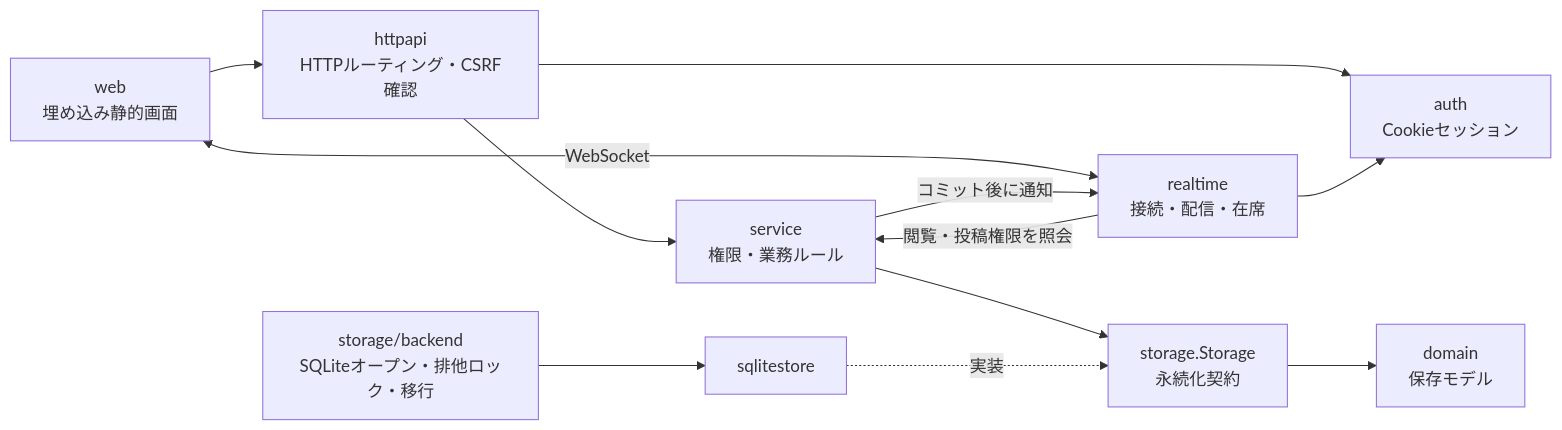
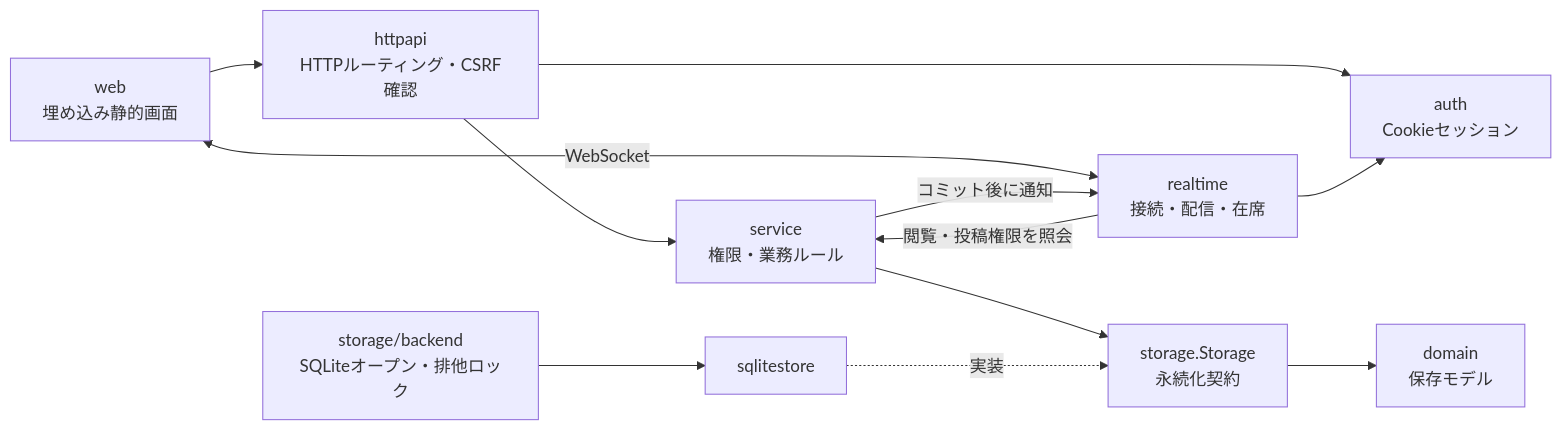
Before and after one commit to masapico/mini-hub: the second of 3 diagrams in docs/architecture.md, drawn with Mermaid. The commit also changed other lines of this file and 35 other files, not shown here.

````diff
--- a/docs/architecture.md
+++ b/docs/architecture.md
@@ -24,24 +24,24 @@
 ```mermaid
 flowchart LR
     UI["web<br/>埋め込み静的画面"]
     API["httpapi<br/>HTTPルーティング・CSRF確認"]
     AUTH["auth<br/>Cookieセッション"]
     SVC["service<br/>権限・業務ルール"]
     HUB["realtime<br/>接続・配信・在席"]
     STORE["storage.Storage<br/>永続化契約"]
-    BACK["storage/backend<br/>SQLiteオープン・排他ロック・移行"]
+    BACK["storage/backend<br/>SQLiteオープン・排他ロック"]
     SQL["sqlitestore"]
     MODEL["domain<br/>保存モデル"]
 
     UI --> API
     UI <-->|"WebSocket"| HUB
     API --> AUTH
     API --> SVC
     HUB --> AUTH
     HUB -->|"閲覧・投稿権限を照会"| SVC
     SVC --> STORE
     SVC -->|"コミット後に通知"| HUB
     BACK --> SQL
     SQL -.->|"実装"| STORE
     STORE --> MODEL
 ```
````
